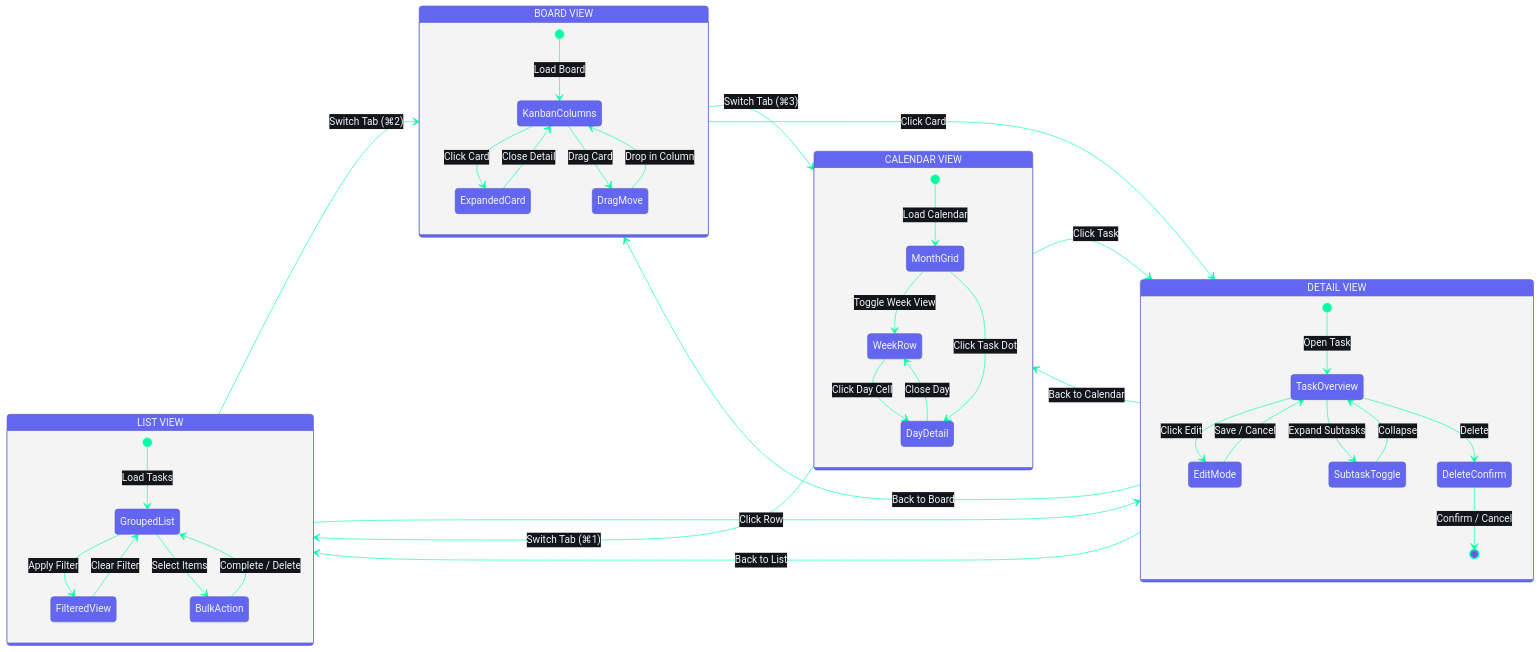
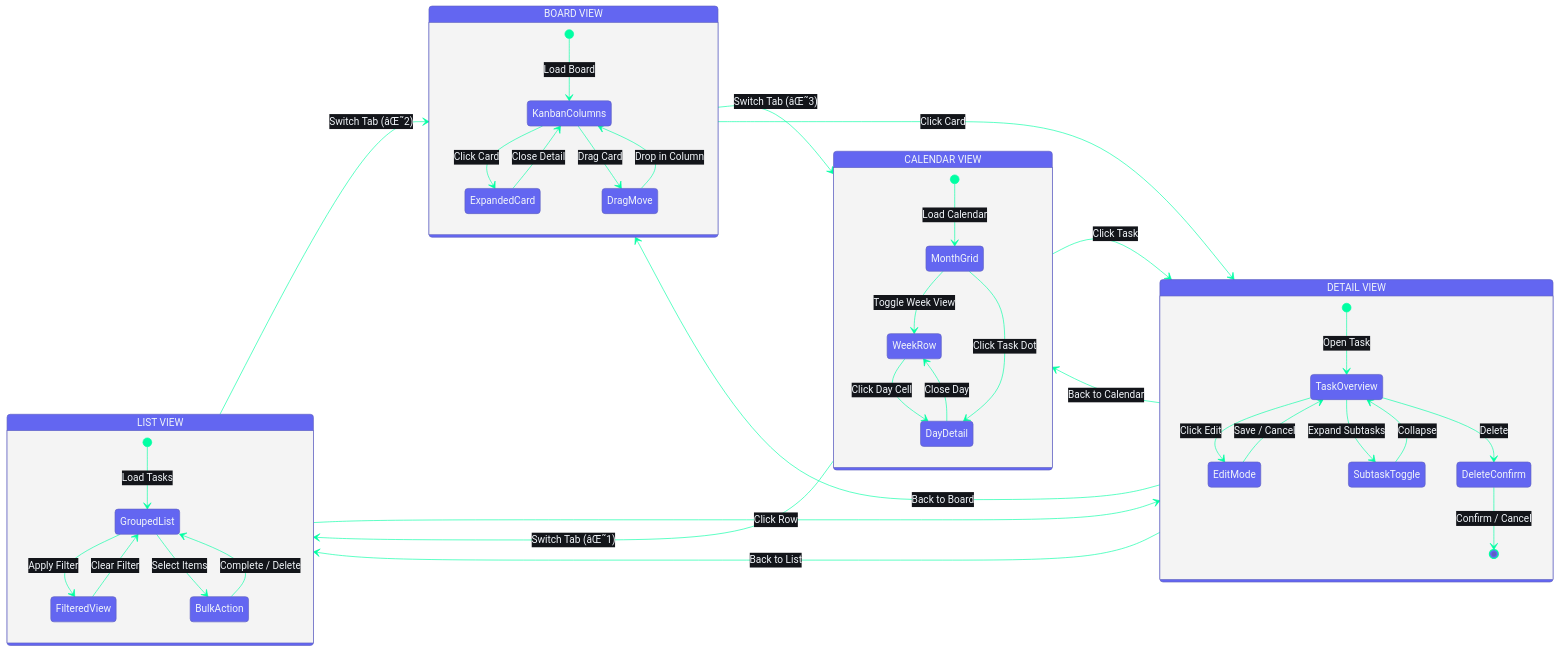
Before and after one commit to rohitkumarnaidu/ARIA-OS---SecondBrain-: the diagram in docs/design/wireframes/03_TASKS_AND_COURSES_WIREFRAMES.md, drawn with Mermaid. The commit also changed other lines of this file and 9 other files, not shown here.

````diff
--- a/docs/design/wireframes/03_TASKS_AND_COURSES_WIREFRAMES.md
+++ b/docs/design/wireframes/03_TASKS_AND_COURSES_WIREFRAMES.md
@@ -13,49 +22,49 @@
 ```mermaid
 %%{init: {'theme':'base','themeVariables':{'primaryColor':'#6366F1','primaryTextColor':'#F1F5F9','lineColor':'#00FFA3','secondaryColor':'#13151A','tertiaryColor':'#0A0B0F','fontFamily':'DM Sans'}}}%%
 stateDiagram-v2
     direction LR
 
     state "LIST VIEW" as LV {
         [*] --> GroupedList: Load Tasks
         GroupedList --> FilteredView: Apply Filter
         FilteredView --> GroupedList: Clear Filter
         GroupedList --> BulkAction: Select Items
         BulkAction --> GroupedList: Complete / Delete
     }
 
     state "BOARD VIEW" as BV {
         [*] --> KanbanColumns: Load Board
         KanbanColumns --> ExpandedCard: Click Card
         ExpandedCard --> KanbanColumns: Close Detail
         KanbanColumns --> DragMove: Drag Card
         DragMove --> KanbanColumns: Drop in Column
     }
 
     state "CALENDAR VIEW" as CV {
         [*] --> MonthGrid: Load Calendar
         MonthGrid --> WeekRow: Toggle Week View
         WeekRow --> DayDetail: Click Day Cell
         DayDetail --> WeekRow: Close Day
         MonthGrid --> DayDetail: Click Task Dot
     }
 
     state "DETAIL VIEW" as DV {
         [*] --> TaskOverview: Open Task
         TaskOverview --> EditMode: Click Edit
         EditMode --> TaskOverview: Save / Cancel
         TaskOverview --> SubtaskToggle: Expand Subtasks
         SubtaskToggle --> TaskOverview: Collapse
         TaskOverview --> DeleteConfirm: Delete
         DeleteConfirm --> [*]: Confirm / Cancel
     }
 
-    LV --> BV: Switch Tab (⌘2)
-    BV --> CV: Switch Tab (⌘3)
-    CV --> LV: Switch Tab (⌘1)
+    LV --> BV: Switch Tab (âŒ˜2)
+    BV --> CV: Switch Tab (âŒ˜3)
+    CV --> LV: Switch Tab (âŒ˜1)
     LV --> DV: Click Row
     BV --> DV: Click Card
     CV --> DV: Click Task
     DV --> LV: Back to List
     DV --> BV: Back to Board
     DV --> CV: Back to Calendar
 ```
````
